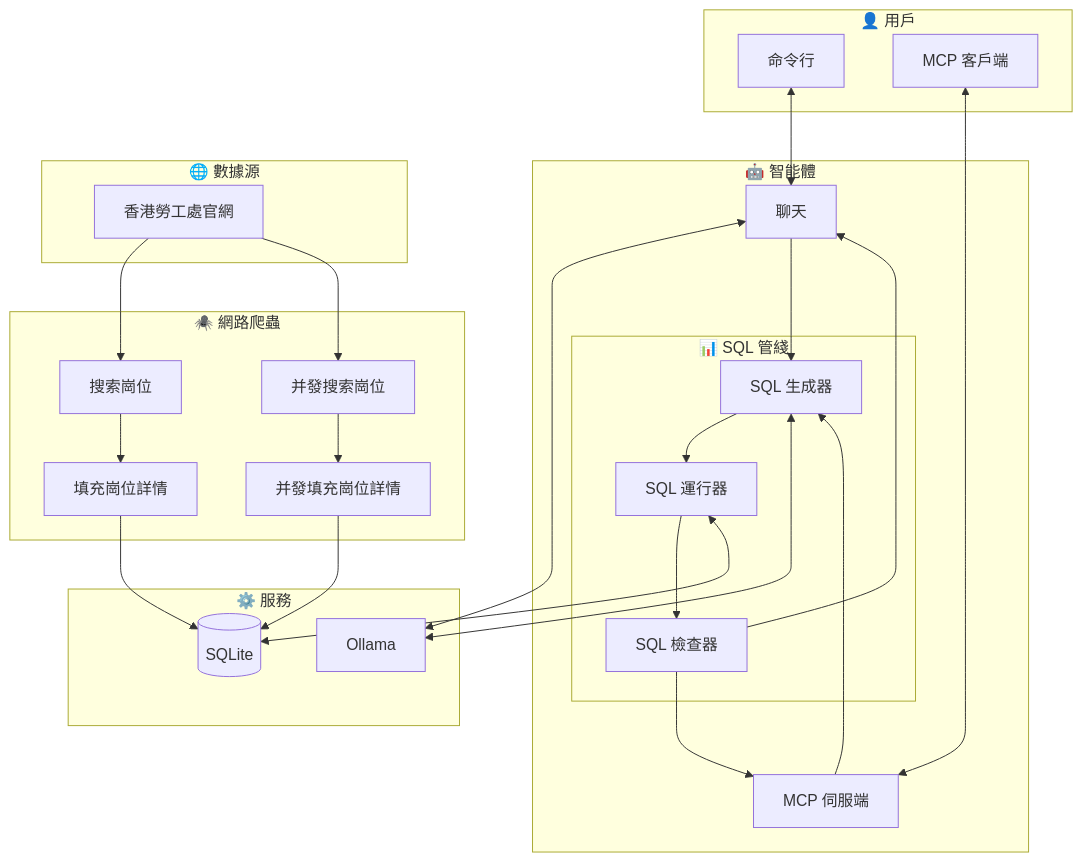
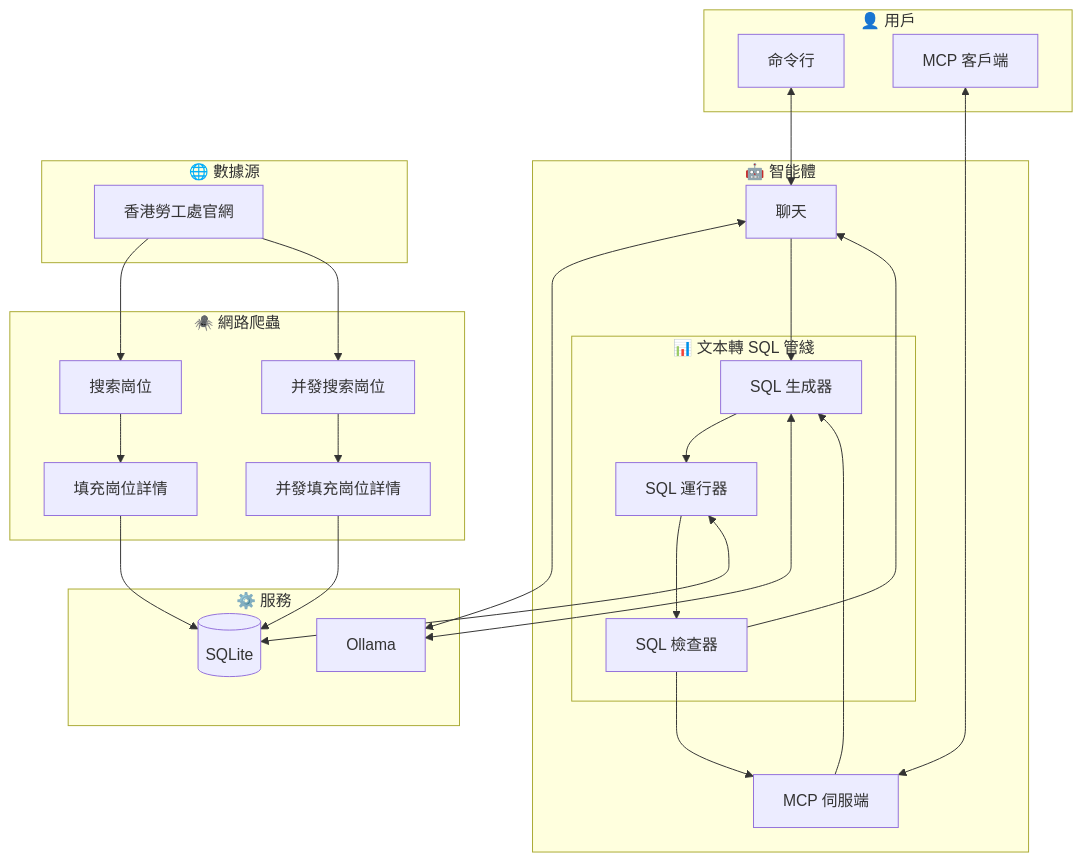
The diagram in README_zh_hk.md (JJ-Jacko/jobs_hk), drawn with Mermaid before and after one commit. The commit also changed 2 other files, not shown here.

Commit message:
fix(README): `SQL Pipline` -> `Text-to-SQL Pipline`.

````diff
--- a/README_zh_hk.md
+++ b/README_zh_hk.md
@@ -13,61 +13,61 @@
 ```mermaid
 flowchart
     subgraph User["👤 用戶"]
         CLI[命令行]
         MCP_CLIENT[MCP 客戶端]
     end
 
     subgraph Scraper["🕷️ 網路爬蟲"]
         search_job[搜索崗位]
         search_job_mt[并發搜索崗位]
         fill_job[填充崗位詳情]
         fill_job_mt[并發填充崗位詳情]
     end
 
-    subgraph SQL_pipline["📊 SQL 管綫"]
+    subgraph SQL_pipline["📊 文本轉 SQL 管綫"]
         SQL_generator[SQL 生成器]
         SQL_runner[SQL 運行器]
         SQL_checker[SQL 檢查器]
     end
 
     subgraph AI["🤖 智能體"]
         chat[聊天]
         MCP_server[MCP 伺服端]
         SQL_pipline
     end
 
     subgraph Service["⚙️ 服務"]
         Ollama[Ollama]
         SQLite[(SQLite)]
     end
 
     subgraph DataSource["🌐 數據源"]
         web_src[香港勞工處官網]
     end
 
     CLI <--> chat
     MCP_CLIENT <--> MCP_server
 
     chat <--> Ollama
     chat --> SQL_generator
 
     MCP_server --> SQL_generator
 
     SQL_generator --> SQL_runner
     SQL_generator <--> Ollama
 
     SQL_runner --> SQL_checker
     SQL_runner <--> SQLite
 
     SQL_checker --> chat
     SQL_checker --> MCP_server
 
     web_src --> search_job
     web_src --> search_job_mt
 
     search_job --> fill_job
     search_job_mt --> fill_job_mt
 
     fill_job --> SQLite
     fill_job_mt --> SQLite
 ```
````
